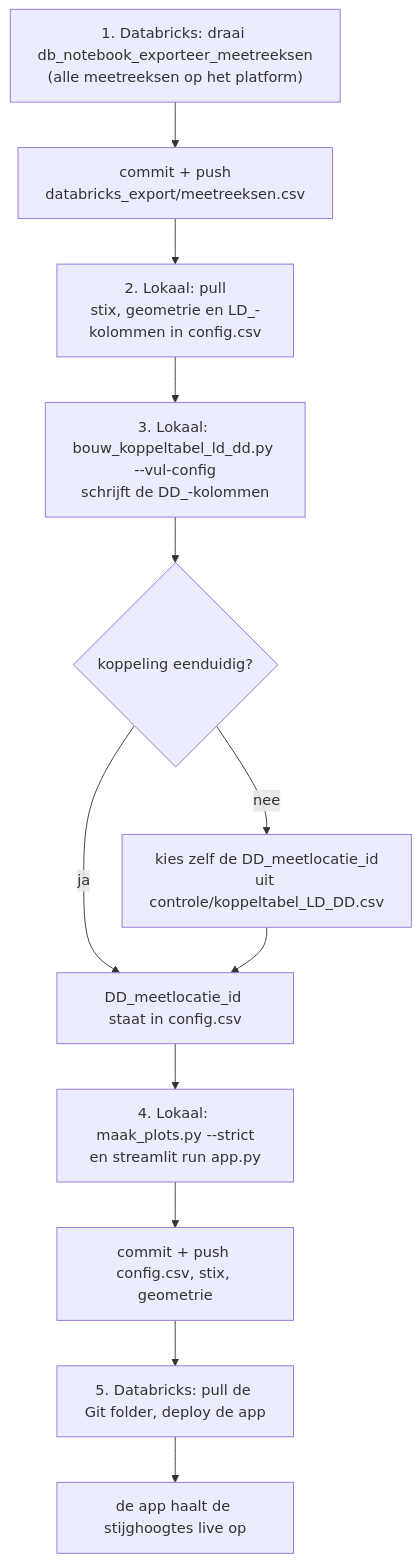
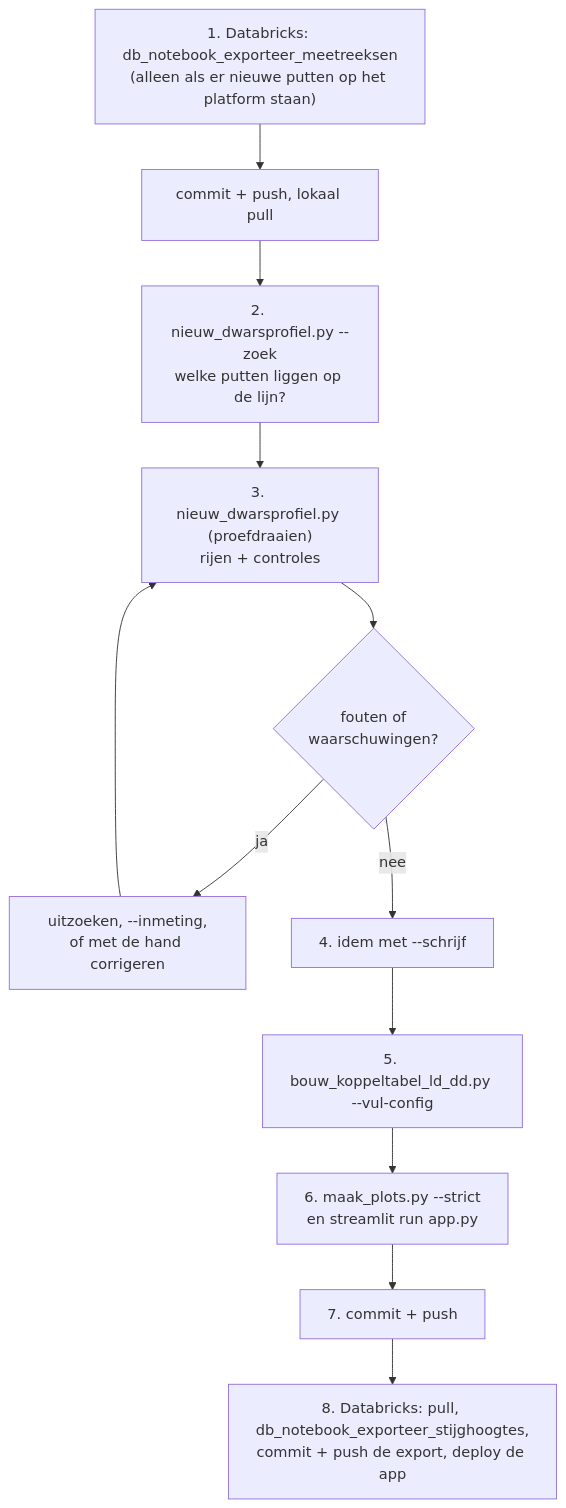
Before and after one commit to JeroenHHNK/databricks_grondwater_platform: the diagram in README.md, drawn with Mermaid. The commit also changed other lines of this file and 9 other files, not shown here.

````diff
--- a/README.md
+++ b/README.md
@@ -21,14 +56,14 @@
 ```mermaid
 flowchart TD
-    A["1. Databricks: draai db_notebook_exporteer_meetreeksen<br/>(alle meetreeksen op het platform)"] --> B["commit + push<br/>databricks_export/meetreeksen.csv"]
-    B --> C["2. Lokaal: pull<br/>stix, geometrie en LD_-kolommen in config.csv"]
-    C --> D["3. Lokaal: bouw_koppeltabel_ld_dd.py --vul-config<br/>schrijft de DD_-kolommen"]
-    D --> E{"koppeling eenduidig?"}
-    E -- ja --> G["DD_meetlocatie_id staat in config.csv"]
-    E -- nee --> F["kies zelf de DD_meetlocatie_id<br/>uit controle/koppeltabel_LD_DD.csv"]
-    F --> G
-    G --> H["4. Lokaal: maak_plots.py --strict<br/>en streamlit run app.py"]
-    H --> I["commit + push config.csv, stix, geometrie"]
-    I --> J["5. Databricks: pull de Git folder, deploy de app"]
-    J --> K["de app haalt de stijghoogtes live op"]
+    A["1. Databricks: db_notebook_exporteer_meetreeksen<br/>(alleen als er nieuwe putten op het platform staan)"] --> B["commit + push, lokaal pull"]
+    B --> C["2. nieuw_dwarsprofiel.py --zoek<br/>welke putten liggen op de lijn?"]
+    C --> D["3. nieuw_dwarsprofiel.py (proefdraaien)<br/>rijen + controles"]
+    D --> E{"fouten of<br/>waarschuwingen?"}
+    E -- ja --> F["uitzoeken, --inmeting,<br/>of met de hand corrigeren"]
+    F --> D
+    E -- nee --> G["4. idem met --schrijf"]
+    G --> H["5. bouw_koppeltabel_ld_dd.py --vul-config"]
+    H --> I["6. maak_plots.py --strict<br/>en streamlit run app.py"]
+    I --> J["7. commit + push"]
+    J --> K["8. Databricks: pull, db_notebook_exporteer_stijghoogtes,<br/>commit + push de export, deploy de app"]
 ```
````
